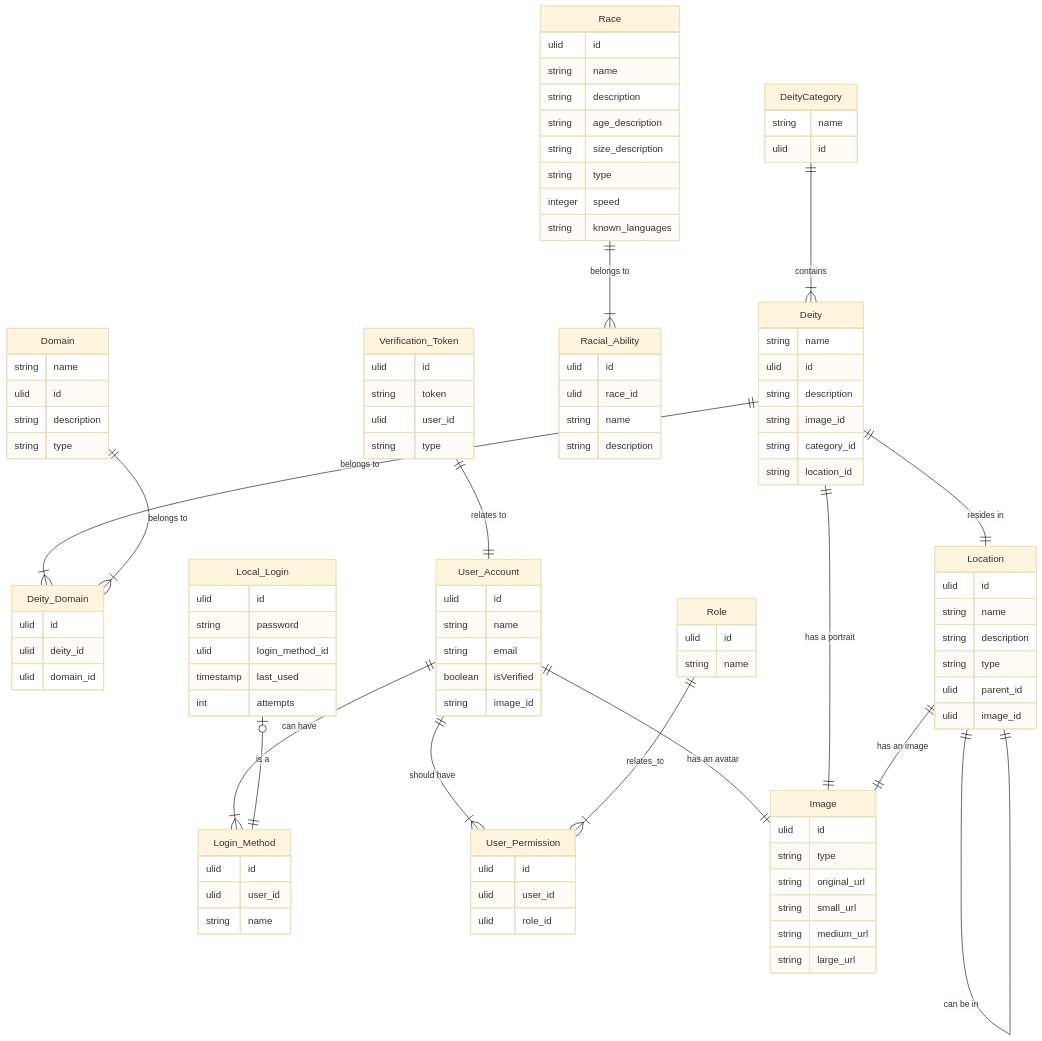
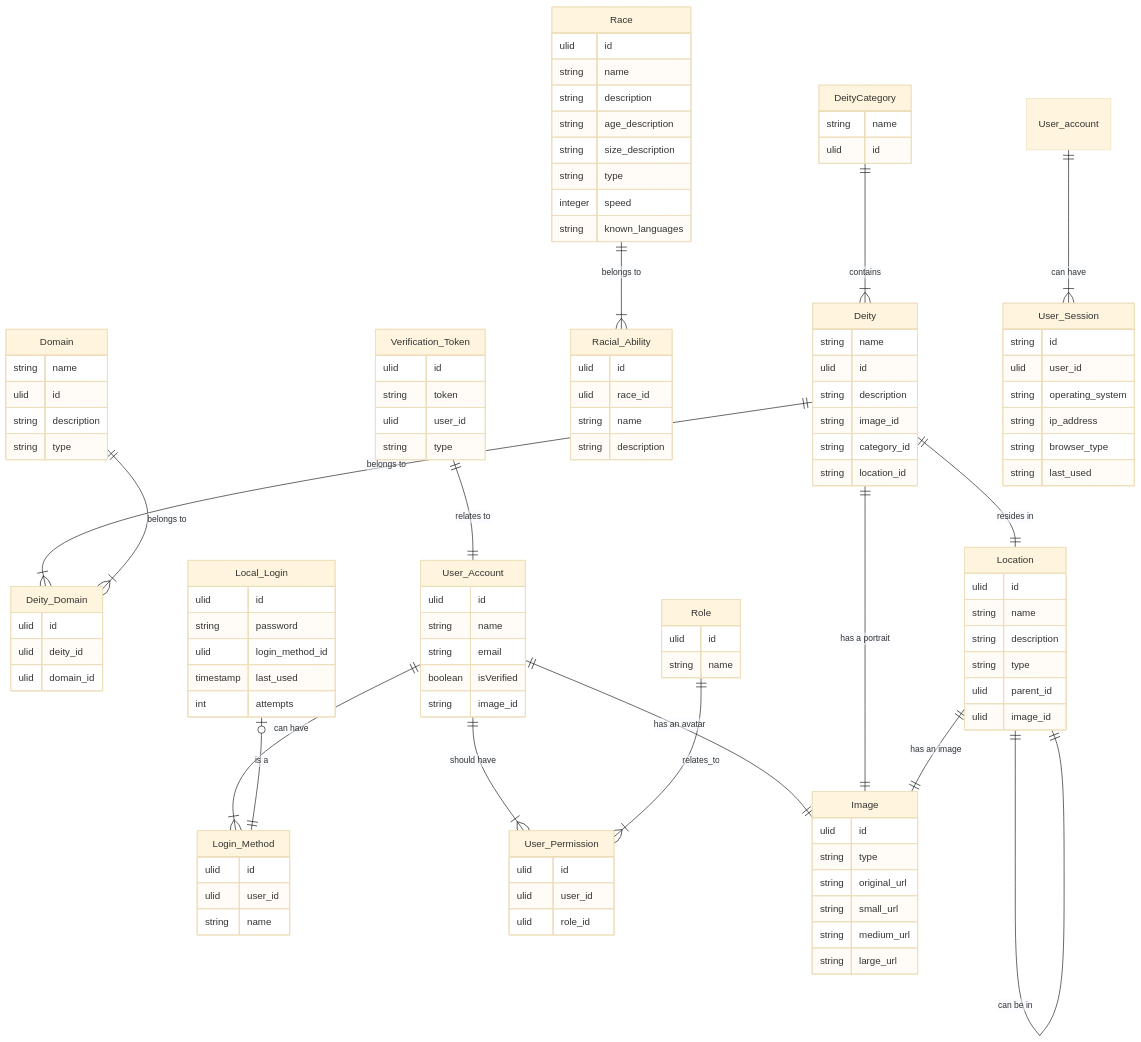
One commit to jmcdo29/unteris changed the diagram in libs/db/migrations/diagram.mmd. Above: the diagram before and after it, drawn with Mermaid (base theme). The commit also changed 74 other files, not shown here.

```diff
--- a/libs/db/migrations/diagram.mmd
+++ b/libs/db/migrations/diagram.mmd
@@ -1,104 +1,113 @@
 erDiagram
     DeityCategory ||--|{ Deity : "contains"
     Deity ||--|{ Deity_Domain : "belongs to"
     Domain ||--|{ Deity_Domain : "belongs to"
     Deity ||--|| Location : "resides in"
     Race ||--|{ Racial_Ability : "belongs to"
     User_Account ||--|{ Login_Method : "can have"
     Local_Login |o--|| Login_Method : "is a"
     User_Account ||--|{ User_Permission : "should have"
     Verification_Token ||--|| User_Account : "relates to"
     Role ||--|{ User_Permission : "relates_to"
     User_Account ||--|| Image : "has an avatar"
+    User_account ||--|{ User_Session : "can have"
     Deity ||--|| Image : "has a portrait"
     Location ||--|| Location : "can be in"
     Location ||--||Image : "has an image"
     DeityCategory {
         string name
         ulid id
     }
     Deity {
         string name
         ulid id
         string description
         string image_id
         string category_id
         string location_id
     }
     Domain {
         string name
         ulid id
         string description
         string type
     }
     Deity_Domain {
         ulid id
         ulid deity_id
         ulid domain_id
     }
     Location {
         ulid id
         string name
         string description
         string type
         ulid parent_id
         ulid image_id
     }
     Race {
         ulid id
         string name
         string description
         string age_description
         string size_description
         string type
         integer speed
         string known_languages
     }
     Racial_Ability {
         ulid id
         ulid race_id
         string name
         string description
     }
     User_Account {
         ulid id
         string name
         string email
         boolean isVerified
         string image_id
     }
     User_Permission {
         ulid id
         ulid user_id
         ulid role_id
     }
     Login_Method {
         ulid id
         ulid user_id
         string name
     }
     Local_Login {
         ulid id
         string password
         ulid login_method_id
         timestamp last_used
         int attempts
     }
     Role {
         ulid id
         string name
     }
     Verification_Token {
         ulid id
         string token
         ulid user_id
         string type
     }
     Image {
         ulid id
         string type
         string original_url
         string small_url
         string medium_url
         string large_url
     }
+    User_Session {
+        string id
+        ulid user_id
+        string operating_system
+        string ip_address
+        string browser_type
+        string last_used
+    }
```
